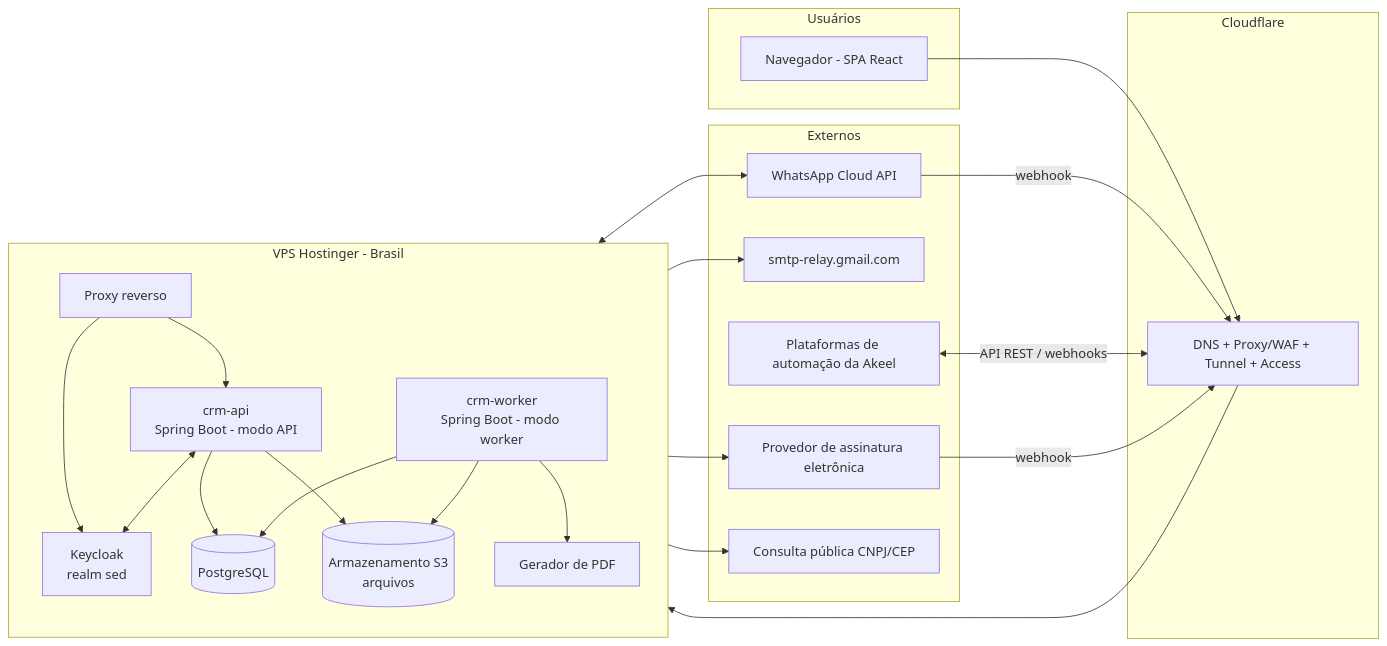
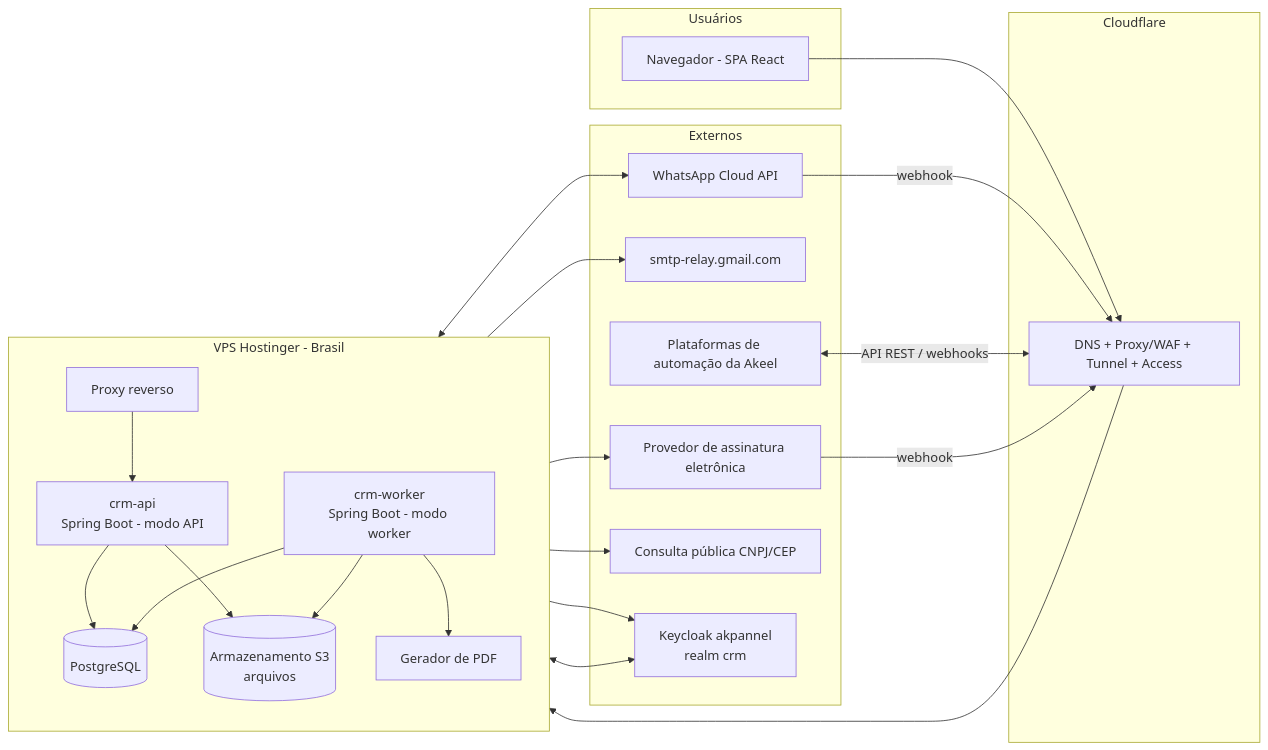
The second of 4 diagrams in especificacao-crm-akeel-v1.1.md (akeel-dev/crm-akeel), drawn with Mermaid before and after one commit. The commit also changed other lines of this file and 15 other files, not shown here.

First line of the commit message:
Spec v1.2 (Keycloak realm crm), ADR 0004 aceito, emendas 0001/0003, stories ajustadas

````diff
--- a/especificacao-crm-akeel-v1.1.md
+++ b/especificacao-crm-akeel-v1.1.md
@@ -243,42 +251,42 @@
 ```mermaid
 flowchart LR
     subgraph USR["Usuários"]
       B[Navegador - SPA React]
     end
     subgraph CFG["Cloudflare"]
       CF[DNS + Proxy/WAF + Tunnel + Access]
     end
     subgraph VPS["VPS Hostinger - Brasil"]
       direction TB
       PX[Proxy reverso]
       API[crm-api<br/>Spring Boot - modo API]
       WK[crm-worker<br/>Spring Boot - modo worker]
-      KC[Keycloak<br/>realm sed]
       PG[(PostgreSQL)]
       S3[(Armazenamento S3<br/>arquivos)]
       PDF[Gerador de PDF]
     end
     subgraph EXT["Externos"]
       META[WhatsApp Cloud API]
       RELAY[smtp-relay.gmail.com]
       PLAT[Plataformas de automação da Akeel]
       ESIGN[Provedor de assinatura eletrônica]
       CNPJ[Consulta pública CNPJ/CEP]
+      KC[Keycloak akpannel<br/>realm crm]
     end
     B --> CF --> PX
     PX --> API
     PX --> KC
     API --> PG
     WK --> PG
     API --> S3
     WK --> S3
     WK --> PDF
     API <--> KC
     WK --> RELAY
     WK <--> META
     META -->|webhook| CF
     PLAT <-->|API REST / webhooks| CF
     WK --> ESIGN
     ESIGN -->|webhook| CF
     API --> CNPJ
 ```
````
